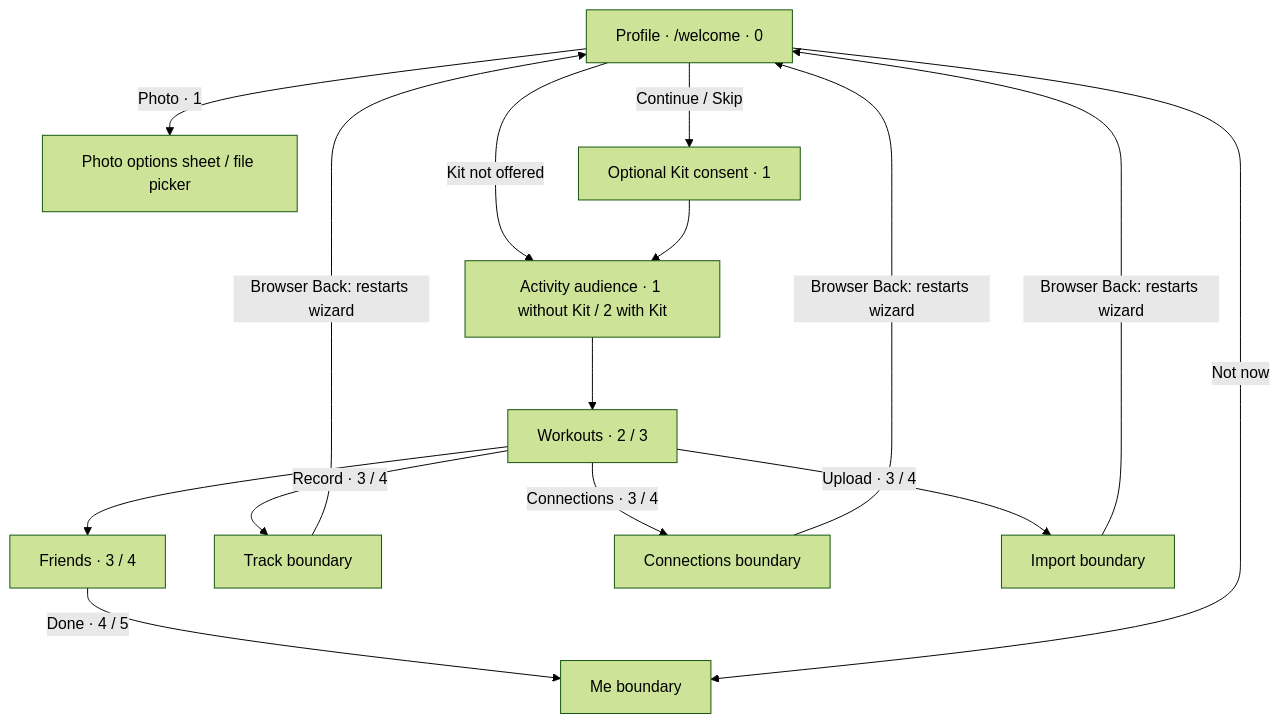
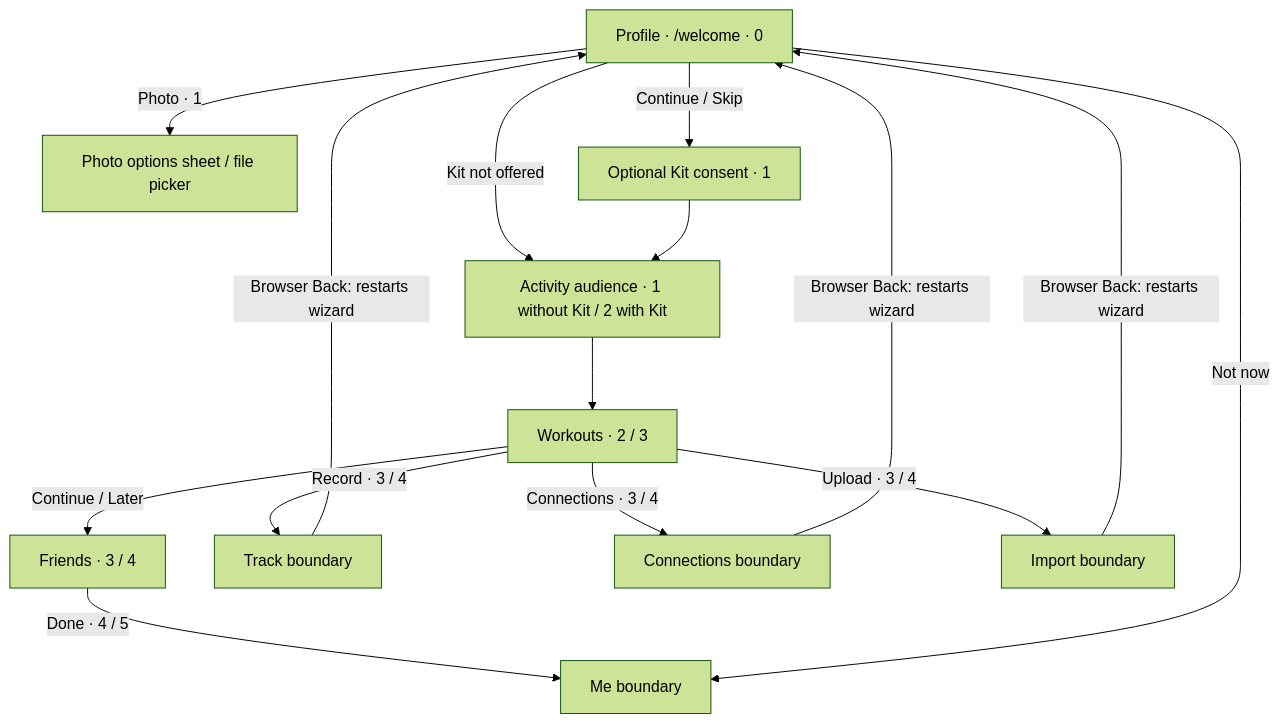
One commit to BenCBanks/kinetta changed diagram 13 of 13 in docs/app-map.md. Above: the diagram before and after it, drawn with Mermaid (forest theme). The commit also changed other lines of this file, not shown here.

Commit message:
Clarify reviewed boundaries and diagram layout

````diff
--- a/docs/app-map.md
+++ b/docs/app-map.md
@@ -556,17 +554,17 @@
 ```mermaid
 flowchart TD
  Profile["Profile · /welcome · 0"] -->|Photo · 1| Photo["Photo options sheet / file picker"]
  Profile -->|Continue / Skip| Kit["Optional Kit consent · 1"]
  Profile -->|Kit not offered| Audience["Activity audience · 1 without Kit / 2 with Kit"]
  Kit --> Audience
  Audience --> Workouts["Workouts · 2 / 3"]
- Workouts --> Friends["Friends · 3 / 4"]
+ Workouts -->|Continue / Later| Friends["Friends · 3 / 4"]
  Friends -->|Done · 4 / 5| Me["Me boundary"]
  Profile -->|Not now| Me
  Workouts -->|Record · 3 / 4| Track["Track boundary"]
  Workouts -->|Connections · 3 / 4| Connections["Connections boundary"]
  Workouts -->|Upload · 3 / 4| Import["Import boundary"]
  Track -->|Browser Back: restarts wizard| Profile
  Connections -->|Browser Back: restarts wizard| Profile
  Import -->|Browser Back: restarts wizard| Profile
 ```
````
